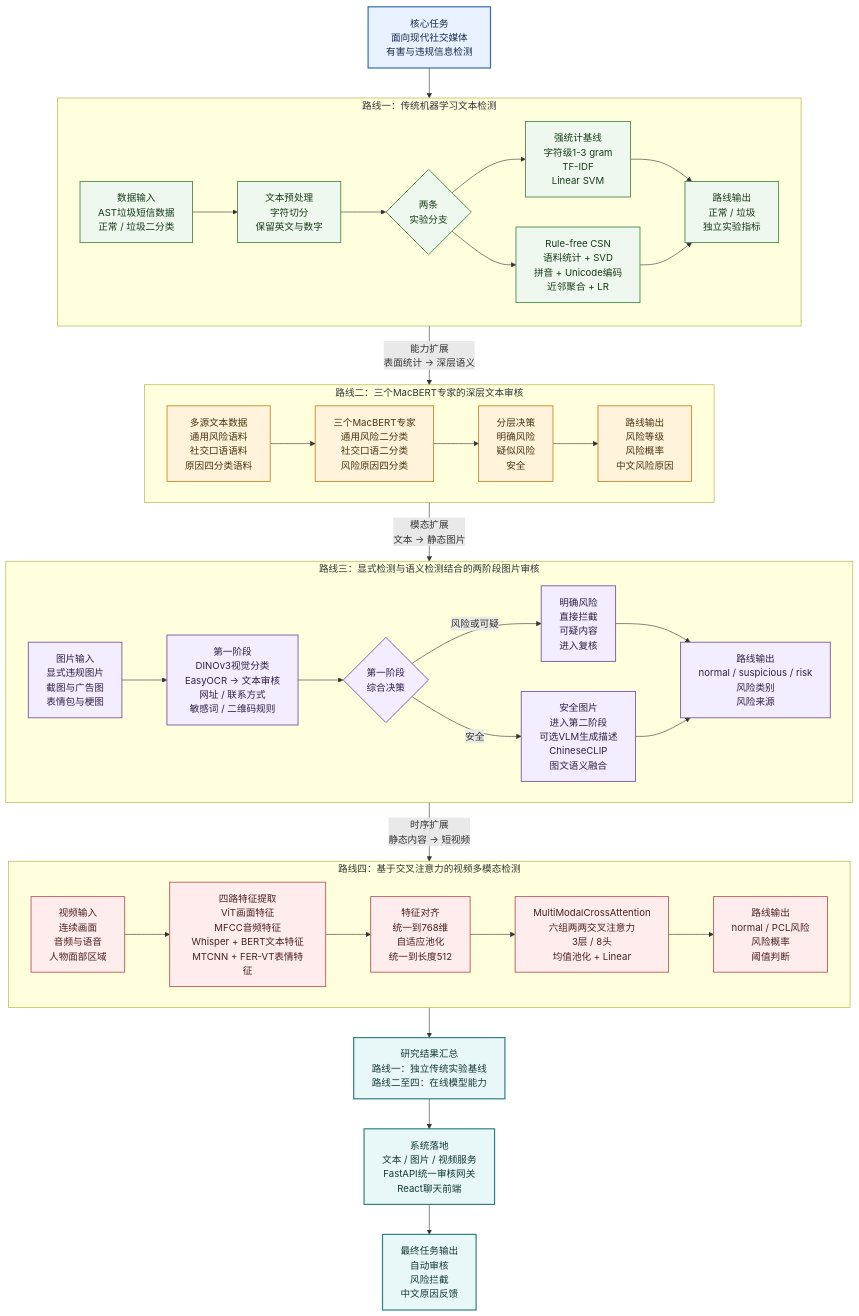
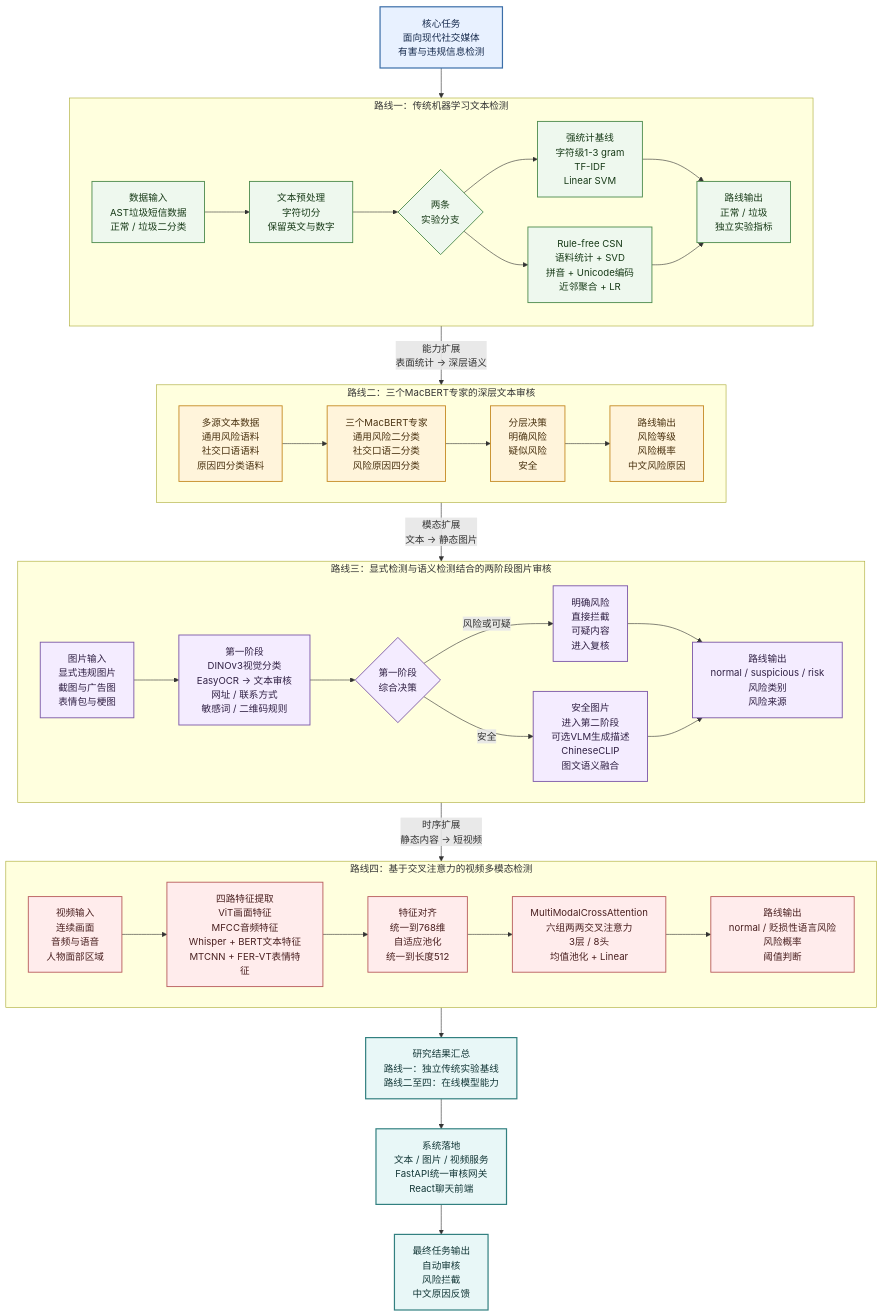
The first of 15 diagrams in doc/project_report.md (Wangych297/MM-ContentGuard), drawn with Mermaid before and after one commit. The commit also changed other lines of this file and 13 other files, not shown here.

````diff
--- a/doc/project_report.md
+++ b/doc/project_report.md
@@ -323,77 +323,77 @@
 ```mermaid
 flowchart TB
     A["核心任务<br/>面向现代社交媒体<br/>有害与违规信息检测"]
 
     subgraph P1["路线一：传统机器学习文本检测"]
         direction LR
         T1D["数据输入<br/>AST垃圾短信数据<br/>正常 / 垃圾二分类"]
         T1P["文本预处理<br/>字符切分<br/>保留英文与数字"]
         T1B{"两条<br/>实验分支"}
         T1M1["强统计基线<br/>字符级1-3 gram<br/>TF-IDF<br/>Linear SVM"]
         T1M2["Rule-free CSN<br/>语料统计 + SVD<br/>拼音 + Unicode编码<br/>近邻聚合 + LR"]
         T1O["路线输出<br/>正常 / 垃圾<br/>独立实验指标"]
 
         T1D --> T1P --> T1B
         T1B --> T1M1 --> T1O
         T1B --> T1M2 --> T1O
     end
 
     subgraph P2["路线二：三个MacBERT专家的深层文本审核"]
         direction LR
         T2D["多源文本数据<br/>通用风险语料<br/>社交口语语料<br/>原因四分类语料"]
         T2M["三个MacBERT专家<br/>通用风险二分类<br/>社交口语二分类<br/>风险原因四分类"]
         T2R["分层决策<br/>明确风险<br/>疑似风险<br/>安全"]
         T2O["路线输出<br/>风险等级<br/>风险概率<br/>中文风险原因"]
 
         T2D --> T2M --> T2R --> T2O
     end
 
     subgraph P3["路线三：显式检测与语义检测结合的两阶段图片审核"]
         direction LR
         I3D["图片输入<br/>显式违规图片<br/>截图与广告图<br/>表情包与梗图"]
         I3S1["第一阶段<br/>DINOv3视觉分类<br/>EasyOCR → 文本审核<br/>网址 / 联系方式<br/>敏感词 / 二维码规则"]
         I3Q{"第一阶段<br/>综合决策"}
         I3R["明确风险<br/>直接拦截<br/>可疑内容<br/>进入复核"]
         I3S2["安全图片<br/>进入第二阶段<br/>可选VLM生成描述<br/>ChineseCLIP<br/>图文语义融合"]
         I3O["路线输出<br/>normal / suspicious / risk<br/>风险类别<br/>风险来源"]
 
         I3D --> I3S1 --> I3Q
         I3Q -->|风险或可疑| I3R --> I3O
         I3Q -->|安全| I3S2 --> I3O
     end
 
     subgraph P4["路线四：基于交叉注意力的视频多模态检测"]
         direction LR
         V4D["视频输入<br/>连续画面<br/>音频与语音<br/>人物面部区域"]
         V4F["四路特征提取<br/>ViT画面特征<br/>MFCC音频特征<br/>Whisper + BERT文本特征<br/>MTCNN + FER-VT表情特征"]
         V4A["特征对齐<br/>统一到768维<br/>自适应池化<br/>统一到长度512"]
         V4M["MultiModalCrossAttention<br/>六组两两交叉注意力<br/>3层 / 8头<br/>均值池化 + Linear"]
-        V4O["路线输出<br/>normal / PCL风险<br/>风险概率<br/>阈值判断"]
+        V4O["路线输出<br/>normal / 贬损性语言风险<br/>风险概率<br/>阈值判断"]
 
         V4D --> V4F --> V4A --> V4M --> V4O
     end
 
     S0["研究结果汇总<br/>路线一：独立传统实验基线<br/>路线二至四：在线模型能力"]
     S1["系统落地<br/>文本 / 图片 / 视频服务<br/>FastAPI统一审核网关<br/>React聊天前端"]
     S2["最终任务输出<br/>自动审核<br/>风险拦截<br/>中文原因反馈"]
 
     A --> T1D
     T1O -->|"能力扩展<br/>表面统计 → 深层语义"| T2D
     T2O -->|"模态扩展<br/>文本 → 静态图片"| I3D
     I3O -->|"时序扩展<br/>静态内容 → 短视频"| V4D
     V4O --> S0 --> S1 --> S2
 
     classDef goal fill:#E8F1FF,stroke:#3B6EA8,color:#172B4D,stroke-width:2px;
     classDef text1 fill:#EEF8EE,stroke:#4D8B4D,color:#173A17,stroke-width:1.5px;
     classDef text2 fill:#FFF4DB,stroke:#C58A24,color:#4A3210,stroke-width:1.5px;
     classDef image fill:#F4ECFF,stroke:#7B57A8,color:#302044,stroke-width:1.5px;
     classDef video fill:#FFECEC,stroke:#B85C5C,color:#4A2020,stroke-width:1.5px;
     classDef system fill:#E8F7F7,stroke:#328080,color:#143838,stroke-width:2px;
 
     class A goal;
     class T1D,T1P,T1B,T1M1,T1M2,T1O text1;
     class T2D,T2M,T2R,T2O text2;
     class I3D,I3S1,I3Q,I3R,I3S2,I3O image;
     class V4D,V4F,V4A,V4M,V4O video;
     class S0,S1,S2 system;
 ```
````
